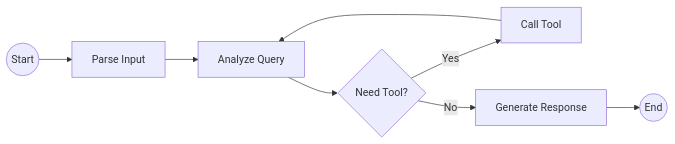
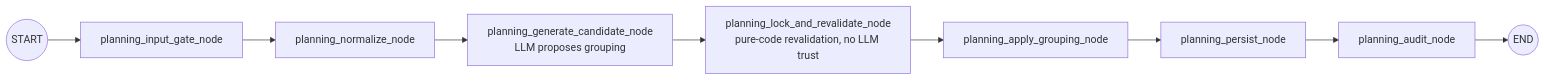
The third of 3 diagrams in docs/architecture_diagram.md (Quocker20/dosely-medication-adherence-agent), drawn with Mermaid before and after one commit. The commit also changed other lines of this file and 17 other files, not shown here.

````diff
--- a/docs/architecture_diagram.md
+++ b/docs/architecture_diagram.md
@@ -18,10 +74,11 @@
 ```mermaid
 graph LR
-    START((Start)) --> Input[Parse Input]
-    Input --> Analyze[Analyze Query]
-    Analyze --> Decide{Need Tool?}
-    Decide -->|Yes| CallTool[Call Tool]
-    CallTool --> Analyze
-    Decide -->|No| Generate[Generate Response]
-    Generate --> END((End))
+    START((START)) --> Gate[planning_input_gate_node]
+    Gate --> Norm[planning_normalize_node]
+    Norm --> Candidate[planning_generate_candidate_node<br/>LLM proposes grouping]
+    Candidate --> Lock[planning_lock_and_revalidate_node<br/>pure-code revalidation, no LLM trust]
+    Lock --> Group[planning_apply_grouping_node]
+    Group --> Persist[planning_persist_node]
+    Persist --> Audit[planning_audit_node]
+    Audit --> END((END))
 ```
````
